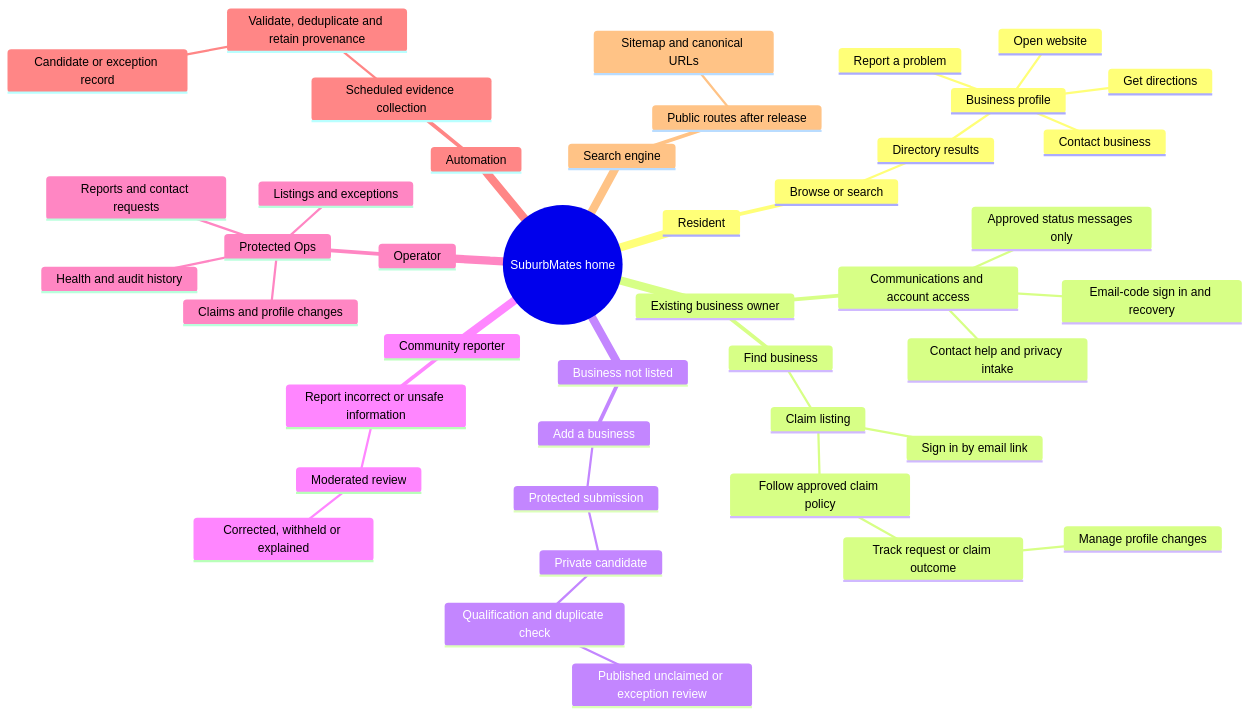
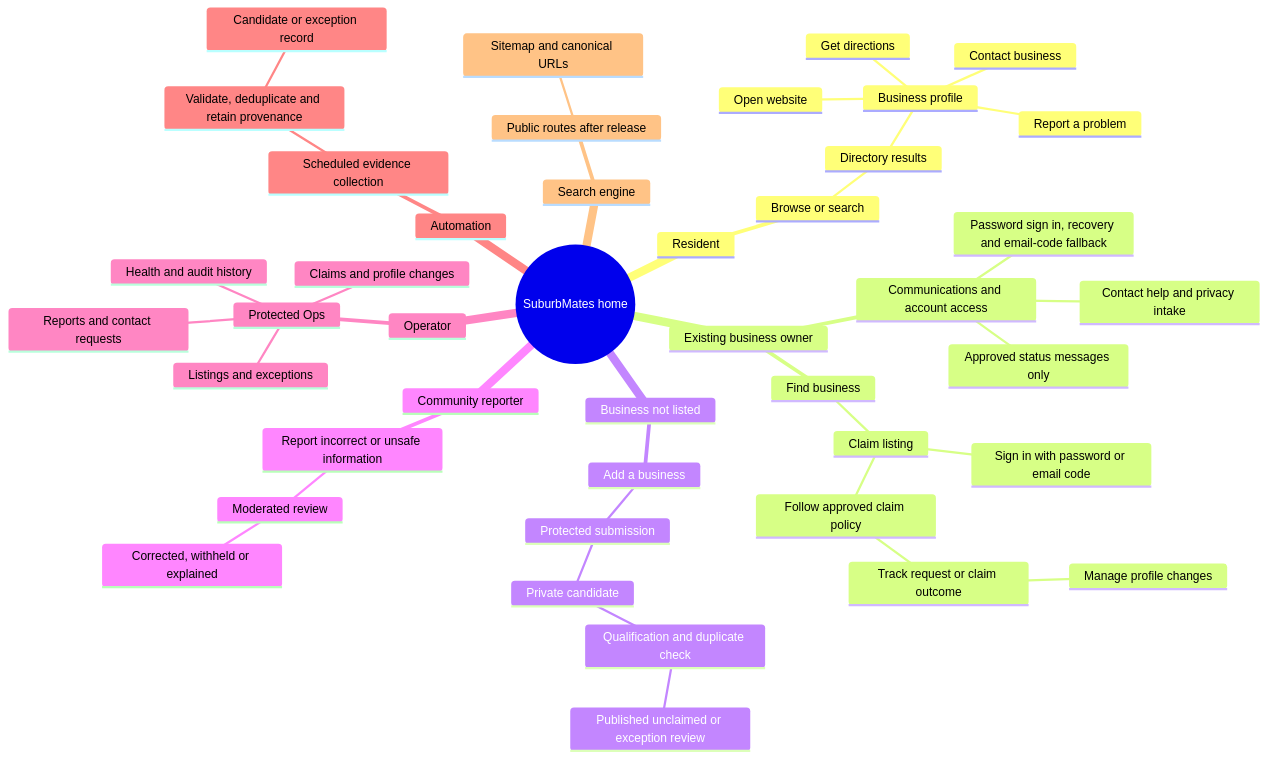
One commit to carlsuburbmates/suburbmates changed the diagram in docs/REFERENCE/SuburbMates — Complete User Journey Map.md. Above: the diagram before and after it, drawn with Mermaid. The commit also changed other lines of this file, not shown here.

````diff
--- a/docs/REFERENCE/SuburbMates — Complete User Journey Map.md
+++ b/docs/REFERENCE/SuburbMates — Complete User Journey Map.md
@@ -23,46 +23,46 @@
 ```mermaid
 mindmap
   root((SuburbMates home))
     Resident
       Browse or search
         Directory results
           Business profile
             Contact business
             Open website
             Get directions
             Report a problem
     Existing business owner
       Find business
         Claim listing
-          Sign in by email link
+          Sign in with password or email code
           Follow approved claim policy
             Track request or claim outcome
               Manage profile changes
       Communications and account access
-        Email-code sign in and recovery
+        Password sign in, recovery and email-code fallback
         Approved status messages only
         Contact help and privacy intake
     Business not listed
       Add a business
         Protected submission
           Private candidate
             Qualification and duplicate check
               Published unclaimed or exception review
     Community reporter
       Report incorrect or unsafe information
         Moderated review
           Corrected, withheld or explained
     Operator
       Protected Ops
         Listings and exceptions
         Claims and profile changes
         Reports and contact requests
         Health and audit history
     Automation
       Scheduled evidence collection
         Validate, deduplicate and retain provenance
           Candidate or exception record
     Search engine
       Public routes after release
         Sitemap and canonical URLs
 ```
````
